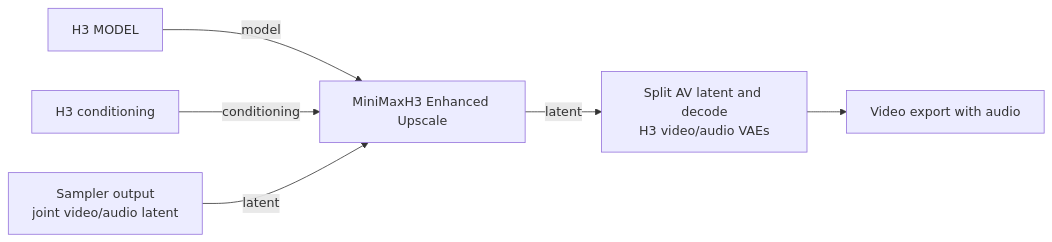
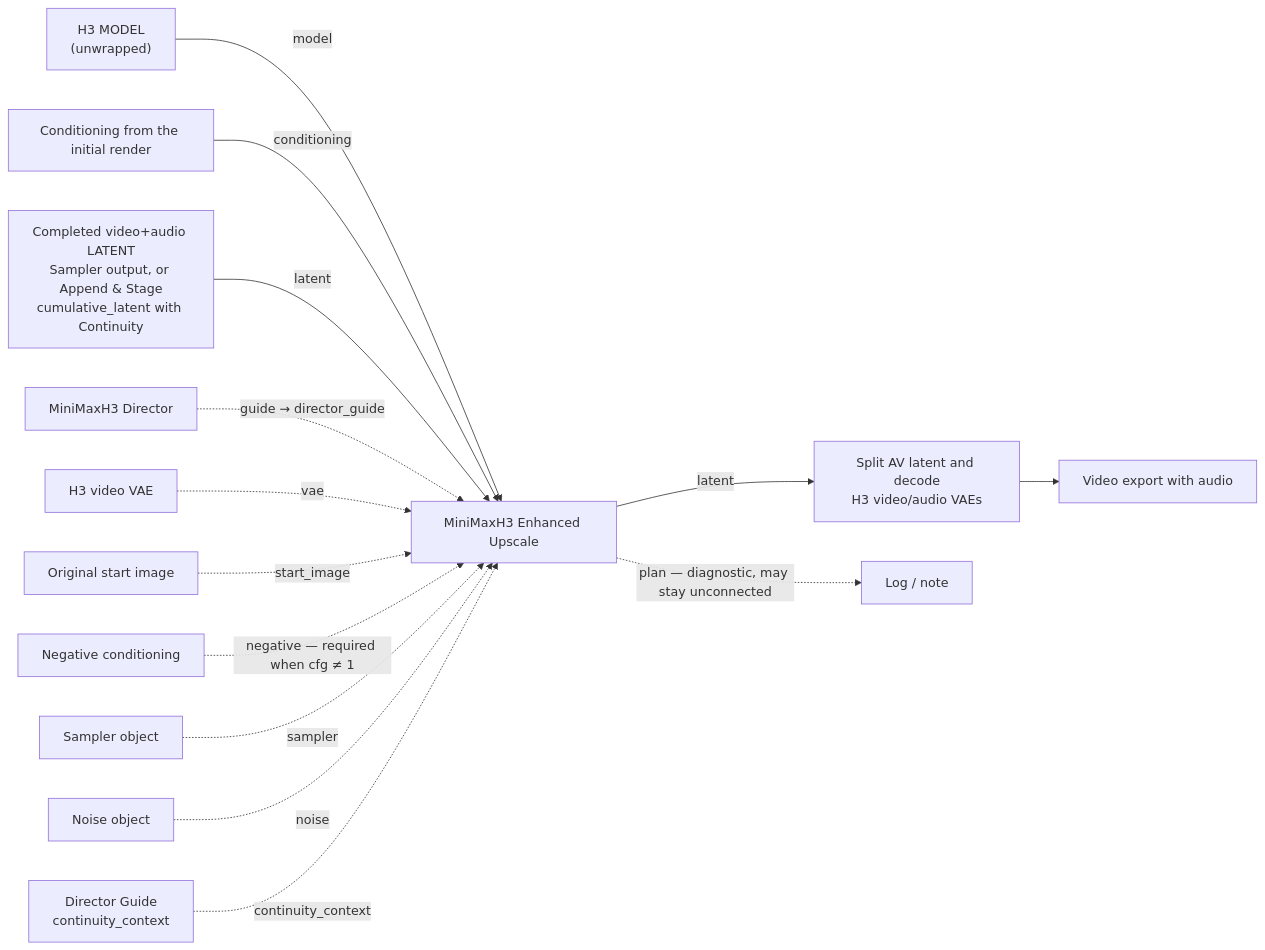
The first of 2 diagrams in README.md (darksidewalker/ComfyUI-DaSiWa-Nodes), drawn with Mermaid before and after one commit. The commit also changed other lines of this file, not shown here.

Commit message:
docs(readme): slim Enhanced Upscale frontpage to basic wiring; move details to docs

````diff
--- a/README.md
+++ b/README.md
@@ -53,8 +48,16 @@
 ```mermaid
 flowchart LR
-    M["H3 MODEL"] -->|model| U["MiniMaxH3 Enhanced Upscale"]
-    C["H3 conditioning"] -->|conditioning| U
-    S["Sampler output<br>joint video/audio latent"] -->|latent| U
+    M["H3 MODEL<br>(unwrapped)"] -->|model| U["MiniMaxH3 Enhanced Upscale"]
+    C["Conditioning from the initial render"] -->|conditioning| U
+    L["Completed video+audio LATENT<br>Sampler output, or Append &amp; Stage<br>cumulative_latent with Continuity"] -->|latent| U
     U -->|latent| D["Split AV latent and decode<br>H3 video/audio VAEs"]
     D --> E["Video export with audio"]
+    U -.->|plan — diagnostic, may stay unconnected| N["Log / note"]
+    DG["MiniMaxH3 Director"] -.->|guide → director_guide| U
+    V["H3 video VAE"] -.->|vae| U
+    SI["Original start image"] -.->|start_image| U
+    NEG["Negative conditioning"] -.->|negative — required when cfg ≠ 1| U
+    SM["Sampler object"] -.->|sampler| U
+    NO["Noise object"] -.->|noise| U
+    GC["Director Guide<br>continuity_context"] -.->|continuity_context| U
 ```
````
